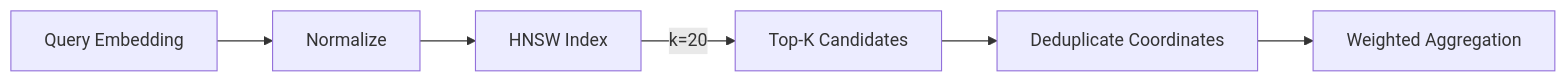
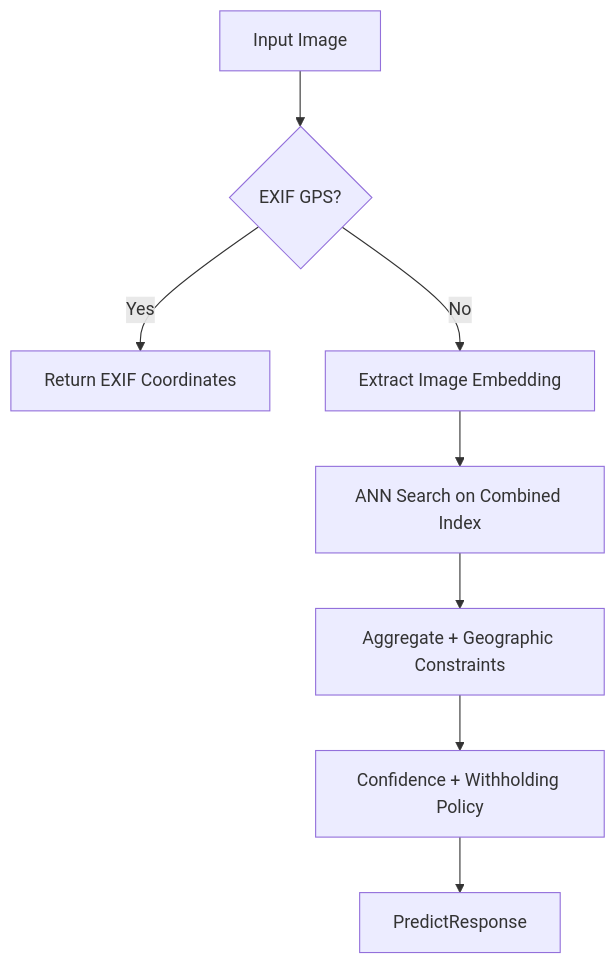
One commit to AngelP17/geowraith changed the first of 2 diagrams in ARCHITECTURE.md. Above: the diagram before and after it, drawn with Mermaid. The commit also changed other lines of this file and 90 other files, not shown here.

````diff
--- a/ARCHITECTURE.md
+++ b/ARCHITECTURE.md
@@ -262,8 +15,10 @@
 ```mermaid
-flowchart LR
-    QUERY[Query Embedding] --> NORM[Normalize]
-    NORM --> HNSW[HNSW Index]
-    HNSW -->|k=20| CANDIDATES[Top-K Candidates]
-    CANDIDATES --> DEDUP[Deduplicate Coordinates]
-    DEDUP --> AGGREGATE[Weighted Aggregation]
+flowchart TB
+    A[Input Image] --> B{EXIF GPS?}
+    B -->|Yes| C[Return EXIF Coordinates]
+    B -->|No| D[Extract Image Embedding]
+    D --> E[ANN Search on Combined Index]
+    E --> F[Aggregate + Geographic Constraints]
+    F --> G[Confidence + Withholding Policy]
+    G --> H[PredictResponse]
 ```
````
